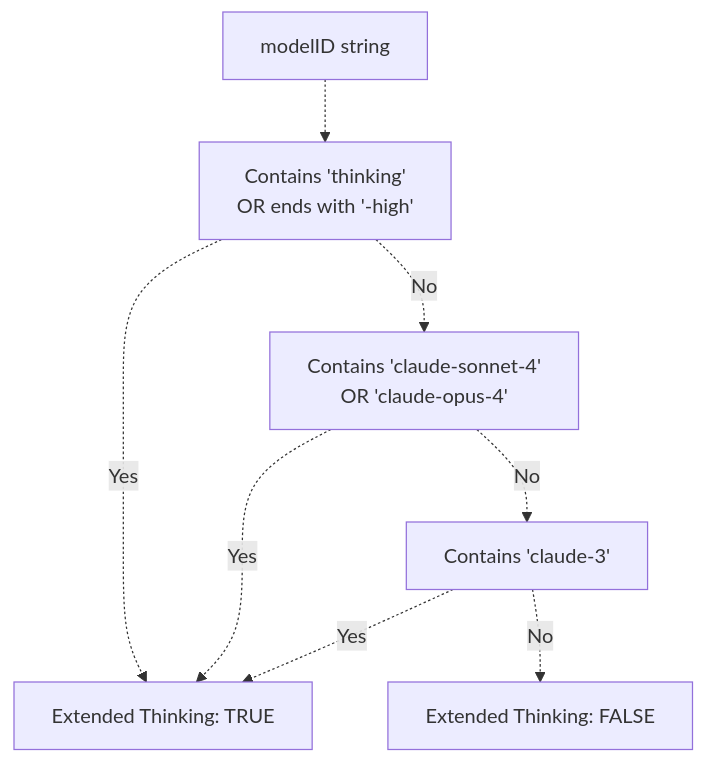
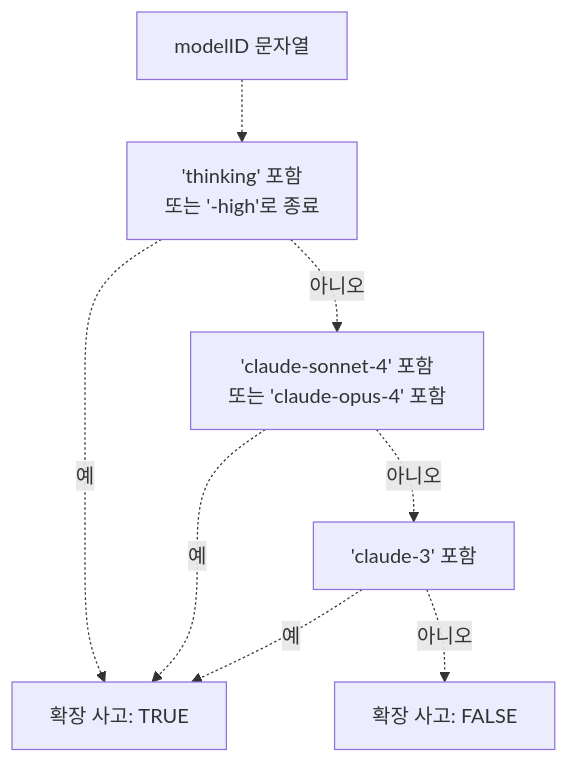
One commit to felipetruman/oh-my-opencode-docs changed the third of 10 diagrams in docs/reliability/message-validation.md. Above: the diagram before and after it, drawn with Mermaid. The commit also changed other lines of this file and 76 other files, not shown here.

````diff
--- a/docs/reliability/message-validation.md
+++ b/docs/reliability/message-validation.md
@@ -116,18 +116,18 @@
 ```mermaid
 flowchart TD
 
-ModelID["modelID string"]
-CheckExplicit["Contains 'thinking'<br>OR ends with '-high'"]
-CheckClaude4["Contains 'claude-sonnet-4'<br>OR 'claude-opus-4'"]
-CheckClaude3["Contains 'claude-3'"]
-Enable["Extended Thinking: TRUE"]
-Disable["Extended Thinking: FALSE"]
+ModelID["modelID 문자열"]
+CheckExplicit["'thinking' 포함<br>또는 '-high'로 종료"]
+CheckClaude4["'claude-sonnet-4' 포함<br>또는 'claude-opus-4' 포함"]
+CheckClaude3["'claude-3' 포함"]
+Enable["확장 사고: TRUE"]
+Disable["확장 사고: FALSE"]
 
 ModelID -.-> CheckExplicit
-CheckExplicit -.->|"Yes"| Enable
-CheckExplicit -.->|"No"| CheckClaude4
-CheckClaude4 -.->|"Yes"| Enable
-CheckClaude4 -.->|"No"| CheckClaude3
-CheckClaude3 -.->|"Yes"| Enable
-CheckClaude3 -.->|"No"| Disable
+CheckExplicit -.->|"예"| Enable
+CheckExplicit -.->|"아니오"| CheckClaude4
+CheckClaude4 -.->|"예"| Enable
+CheckClaude4 -.->|"아니오"| CheckClaude3
+CheckClaude3 -.->|"예"| Enable
+CheckClaude3 -.->|"아니오"| Disable
 ```
````
